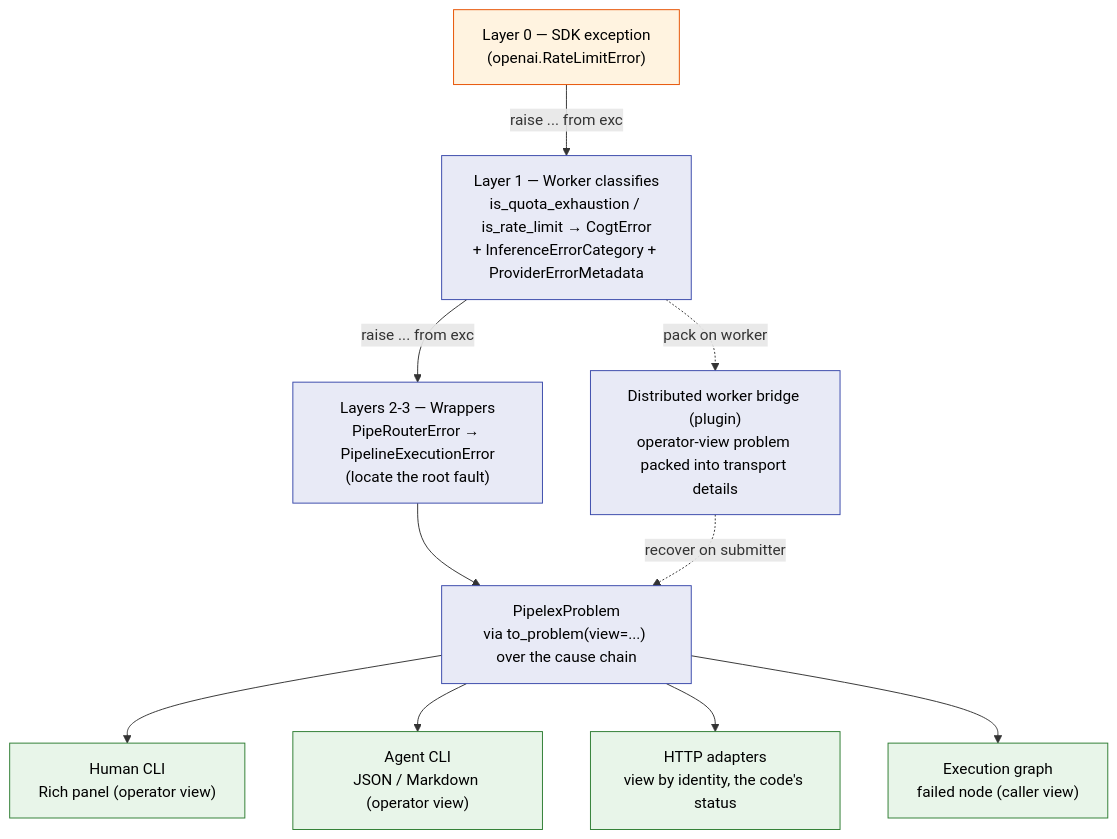
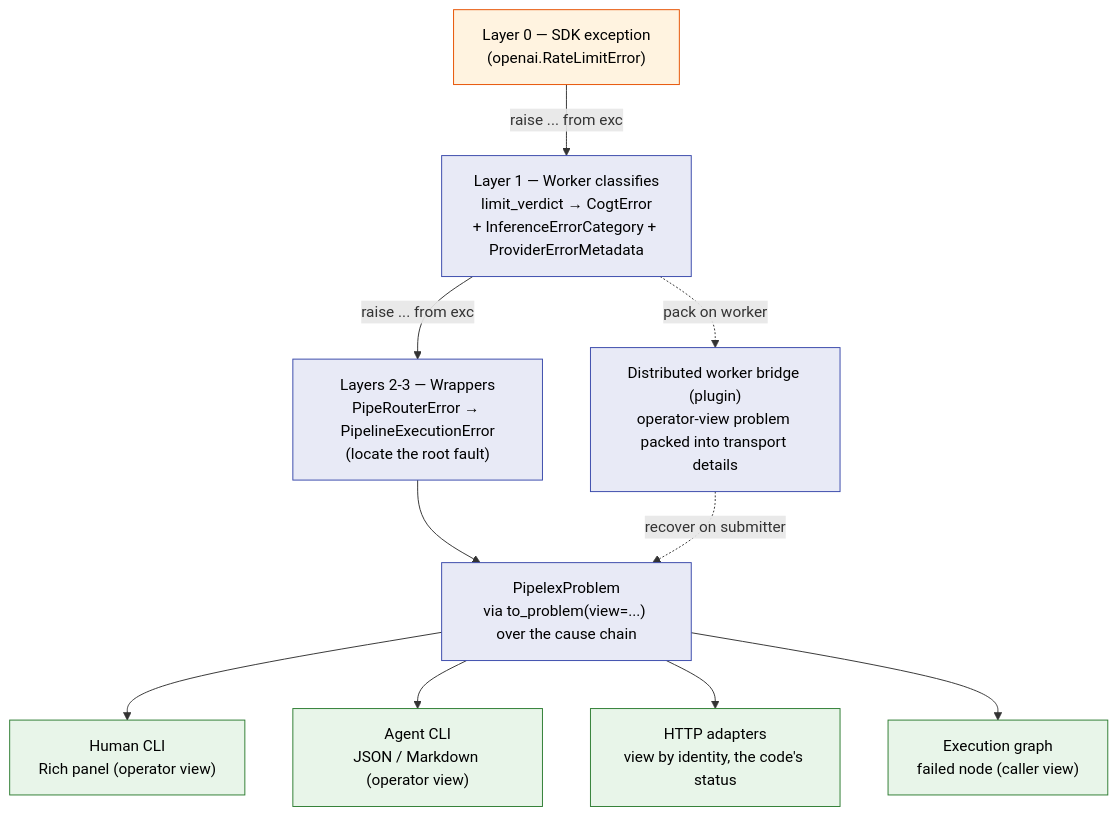
Before and after one commit to Pipelex/pipelex: the diagram in docs/under-the-hood/error-model.md, drawn with Mermaid. The commit also changed other lines of this file and 10 other files, not shown here.

````diff
--- a/docs/under-the-hood/error-model.md
+++ b/docs/under-the-hood/error-model.md
@@ -554,26 +554,26 @@
 ```mermaid
 flowchart TB
     SDK["Layer 0 — SDK exception<br/>(openai.RateLimitError)"]
-    W["Layer 1 — Worker classifies<br/>is_quota_exhaustion / is_rate_limit → CogtError<br/>+ InferenceErrorCategory + ProviderErrorMetadata"]
+    W["Layer 1 — Worker classifies<br/>limit_verdict → CogtError<br/>+ InferenceErrorCategory + ProviderErrorMetadata"]
     WRAP["Layers 2-3 — Wrappers<br/>PipeRouterError → PipelineExecutionError<br/>(locate the root fault)"]
     PROBLEM["PipelexProblem<br/>via to_problem(view=...) over the cause chain"]
 
     SDK -->|"raise ... from exc"| W
     W -->|"raise ... from exc"| WRAP
     WRAP --> PROBLEM
 
     PROBLEM --> RICH["Human CLI<br/>Rich panel (operator view)"]
     PROBLEM --> AGENT["Agent CLI<br/>JSON / Markdown (operator view)"]
     PROBLEM --> HTTP["HTTP adapters<br/>view by identity, the code's status"]
     PROBLEM --> GRAPH["Execution graph<br/>failed node (caller view)"]
 
     W -.->|"pack on worker"| TEMP["Distributed worker bridge (plugin)<br/>operator-view problem packed into transport details"]
     TEMP -.->|"recover on submitter"| PROBLEM
 
     classDef src fill:#fff3e0,stroke:#e65100,color:#000
     classDef cls fill:#e8eaf6,stroke:#3949ab,color:#000
     classDef out fill:#e8f5e9,stroke:#2e7d32,color:#000
     class SDK src
     class W,WRAP,PROBLEM,TEMP cls
     class RICH,AGENT,HTTP,GRAPH out
 ```
````
